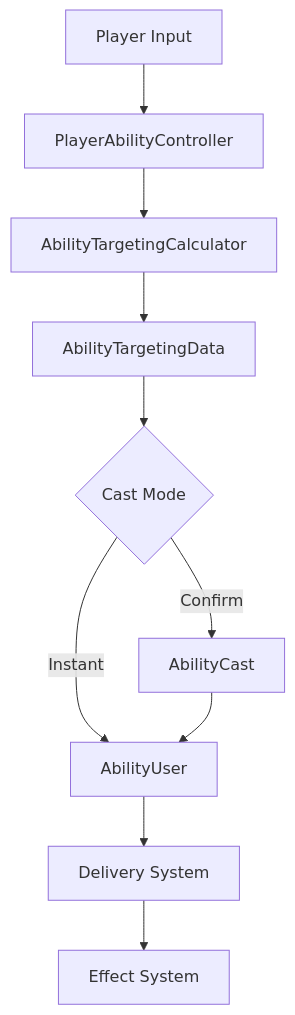
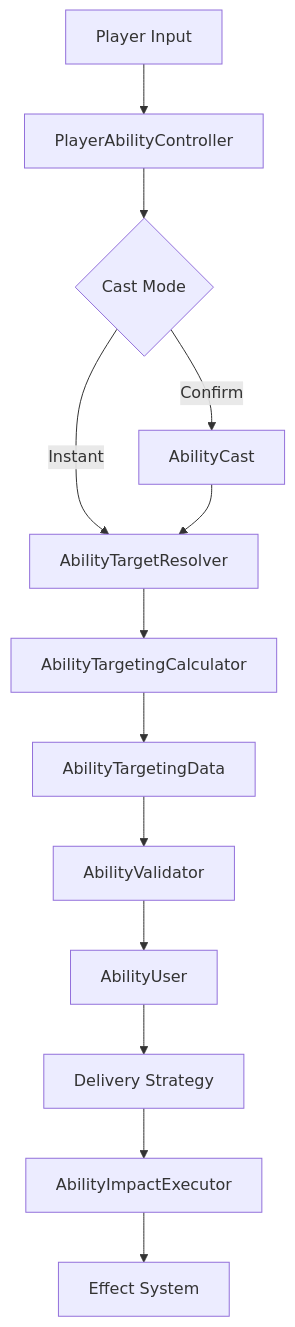
The diagram in README.md (irfansamad2002/ModularCombatSystemsPrototype), drawn with Mermaid before and after one commit. The commit also changed other lines of this file, not shown here.

First line of the commit message:
Revise ability flowchart and validation layer details

````diff
--- a/README.md
+++ b/README.md
@@ -57,31 +57,42 @@
 ```mermaid
 flowchart TD
 
-    A[Player Input]
-    B[PlayerAbilityController]
+Input[Player Input]
+Controller[PlayerAbilityController]
 
-    C[AbilityTargetingCalculator]
-    D[AbilityTargetingData]
+Resolver[AbilityTargetResolver]
+Calculator[AbilityTargetingCalculator]
+TargetData[AbilityTargetingData]
 
-    E{Cast Mode}
+Cast{Cast Mode}
 
-    F[AbilityCast]
-    G[AbilityUser]
+AbilityCast[AbilityCast]
+Validator[AbilityValidator]
+User[AbilityUser]
 
-    H[Delivery System]
-    I[Effect System]
+Delivery[Delivery Strategy]
+Impact[AbilityImpactExecutor]
+Effects[Effect System]
 
-    A --> B
-    B --> C
-    C --> D
+Input --> Controller
 
-    D --> E
+Controller --> Cast
 
-    E -->|Instant| G
-    E -->|Confirm| F
+Cast -->|Instant| Resolver
+Cast -->|Confirm| AbilityCast
 
-    F --> G
+AbilityCast --> Resolver
 
-    G --> H
-    H --> I
+Resolver --> Calculator
+Calculator --> TargetData
+
+TargetData --> Validator
+
+Validator --> User
+
+User --> Delivery
+
+Delivery --> Impact
+
+Impact --> Effects
 ```
````
